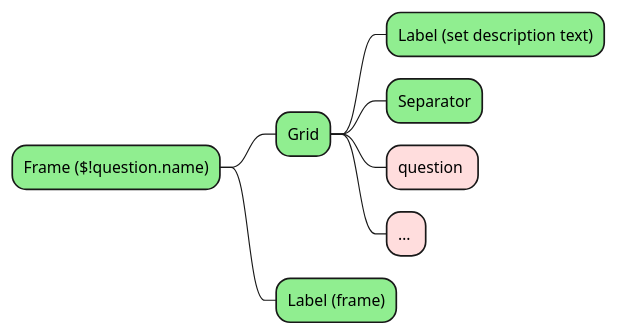
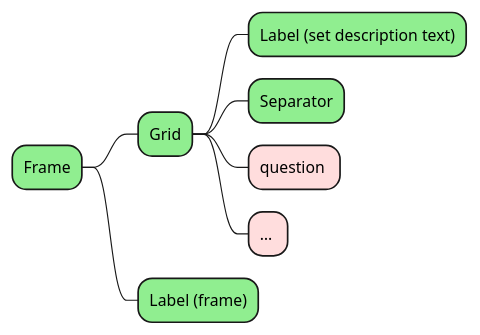
The fourth of 9 diagrams in docs/content-docs/setup/structures-gui.md (MARTIMM/question-answer), drawn with PlantUML before and after one commit. The commit also changed other lines of this file and 1 other file, not shown here.

````diff
--- a/docs/content-docs/setup/structures-gui.md
+++ b/docs/content-docs/setup/structures-gui.md
@@ -123,27 +120,27 @@
 ```plantuml
 @startmindmap
 scale 0.9
 <style>
 mindmapDiagram {
   node {
     BackgroundColor lightGreen
   }
 
   .rose {
     BackgroundColor #ffdddd
   }
 }
 </style>
 
-** Frame ($!question.name)
+** Frame
 ** Grid
 *** Label (set description text)
 *** Separator
 *** question <<rose>>
 '*** question <<rose>>
 *** … <<rose>>
 ** Label (frame)
 
 
 @endmindmap
 ```
````
